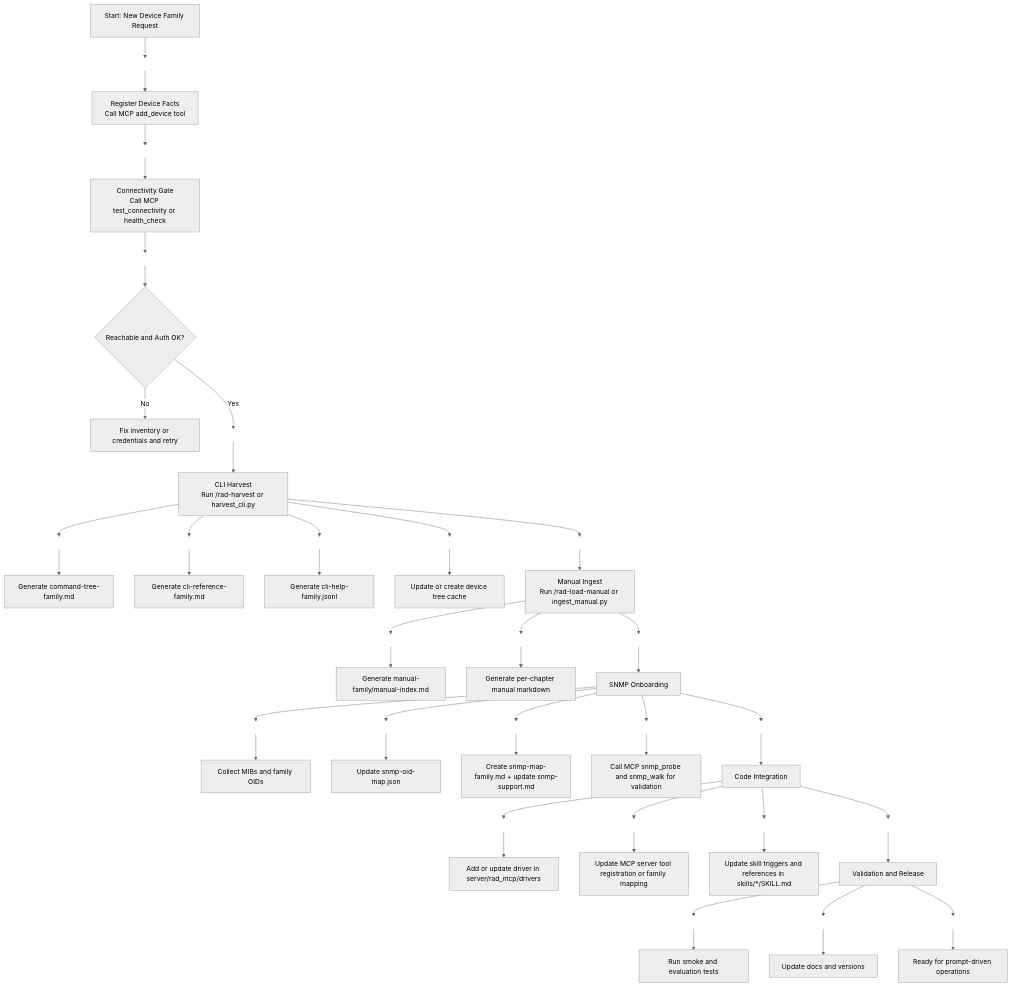
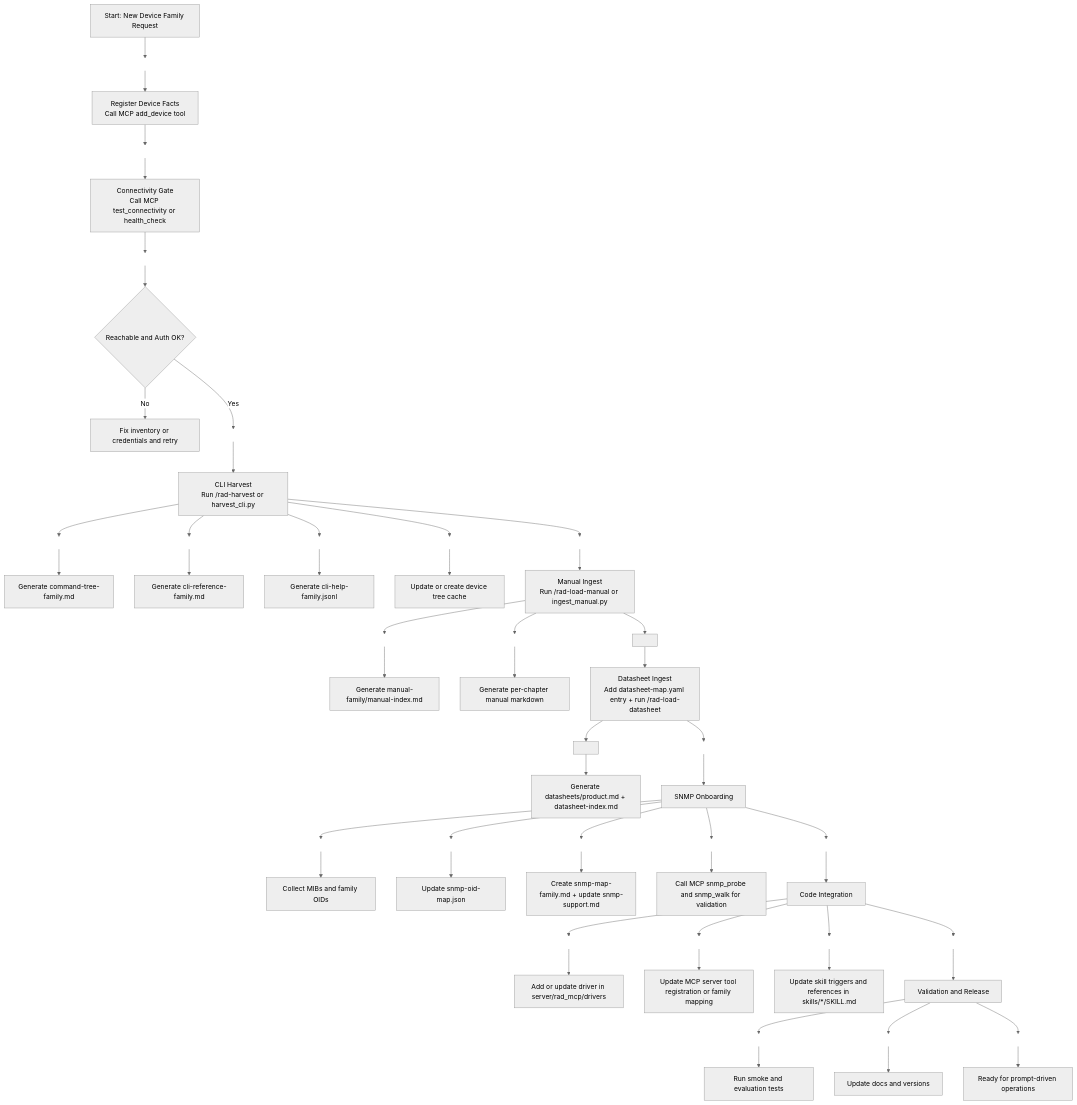
The third of 13 diagrams in rad-mcp-server/docs/workflows.md (uzigolan/rad-agent-toolkit), drawn with Mermaid (neutral theme) before and after one commit. The commit also changed other lines of this file and 65 other files, not shown here.

First line of the commit message:
Datasheet knowledge layer: 39 product datasheets as the third domain

````diff
--- a/rad-mcp-server/docs/workflows.md
+++ b/rad-mcp-server/docs/workflows.md
@@ -162,36 +162,39 @@
 ```mermaid
 flowchart TD
     O0[Start: New Device Family Request] --> S01[ ] --> O1[Register Device Facts\nCall MCP add_device tool]
     O1 --> S12[ ] --> O2[Connectivity Gate\nCall MCP test_connectivity or health_check]
     O2 --> S2Q[ ] --> O2Q{Reachable and Auth OK?}
     O2Q -- No --> OX[Fix inventory or credentials and retry]
     O2Q -- Yes --> S23[ ] --> O3[CLI Harvest\nRun /rad-harvest or harvest_cli.py]
 
     O3 --> S31[ ] --> O31[Generate command-tree-family.md]
     O3 --> S32[ ] --> O32[Generate cli-reference-family.md]
     O3 --> S33[ ] --> O33[Generate cli-help-family.jsonl]
     O3 --> S34[ ] --> O34[Update or create device tree cache]
 
     O3 --> S34M[ ] --> O4[Manual Ingest\nRun /rad-load-manual or ingest_manual.py]
     O4 --> S41[ ] --> O41[Generate manual-family/manual-index.md]
     O4 --> S42[ ] --> O42[Generate per-chapter manual markdown]
 
-    O4 --> S45[ ] --> O5[SNMP Onboarding]
+    O4 --> S43[ ] --> O4D[Datasheet Ingest\nAdd datasheet-map.yaml entry + run /rad-load-datasheet]
+    O4D --> S44[ ] --> O4D1[Generate datasheets/product.md + datasheet-index.md]
+
+    O4D --> S45[ ] --> O5[SNMP Onboarding]
     O5 --> S51[ ] --> O51[Collect MIBs and family OIDs]
     O5 --> S52[ ] --> O52[Update snmp-oid-map.json]
     O5 --> S53[ ] --> O53[Create snmp-map-family.md + update snmp-support.md]
     O5 --> S54[ ] --> O54[Call MCP snmp_probe and snmp_walk for validation]
 
     O5 --> S56[ ] --> O6[Code Integration]
     O6 --> S61[ ] --> O61[Add or update driver in server/rad_mcp/drivers]
     O6 --> S62[ ] --> O62[Update MCP server tool registration or family mapping]
     O6 --> S63[ ] --> O63[Update skill triggers and references in skills/*/SKILL.md]
 
     O6 --> S67[ ] --> O7[Validation and Release]
     O7 --> S71[ ] --> O71[Run smoke and evaluation tests]
     O7 --> S72[ ] --> O72[Update docs and versions]
     O7 --> S73[ ] --> O73[Ready for prompt-driven operations]
 
     classDef spacer fill:transparent,stroke:transparent,color:transparent;
     class S01,S12,S2Q,S23,S31,S32,S33,S34,S34M,S41,S42,S45,S51,S52,S53,S54,S56,S61,S62,S63,S67,S71,S72,S73 spacer;
 ```
````
